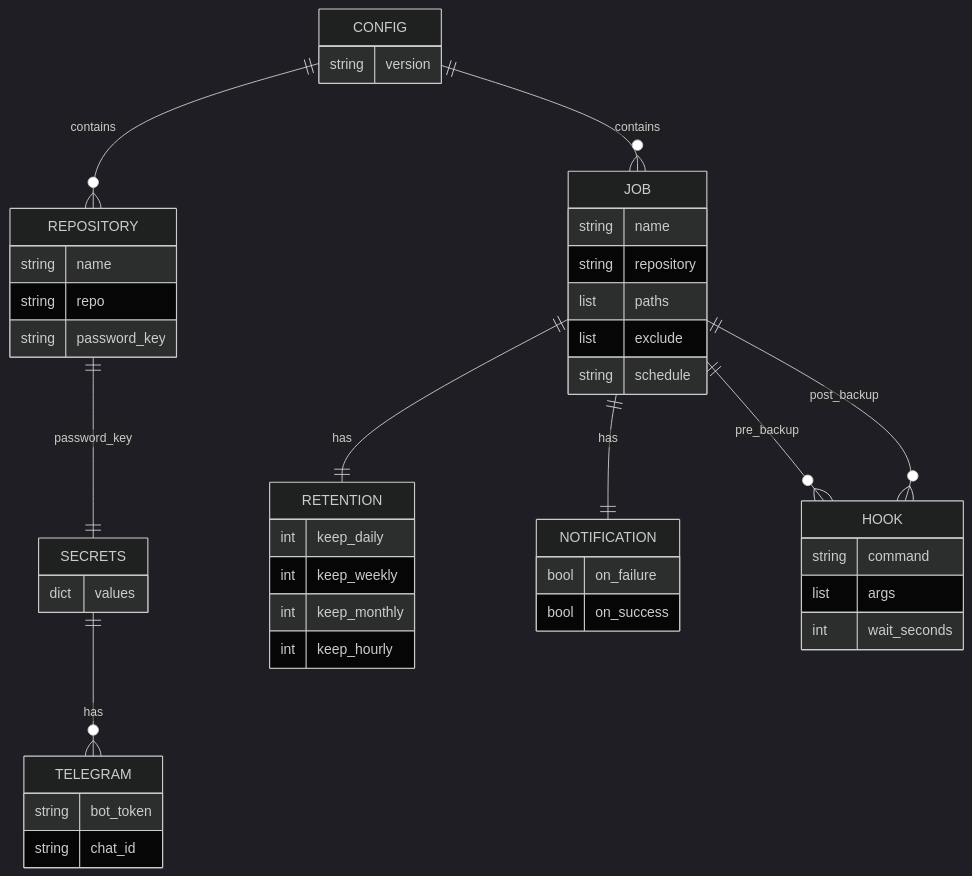
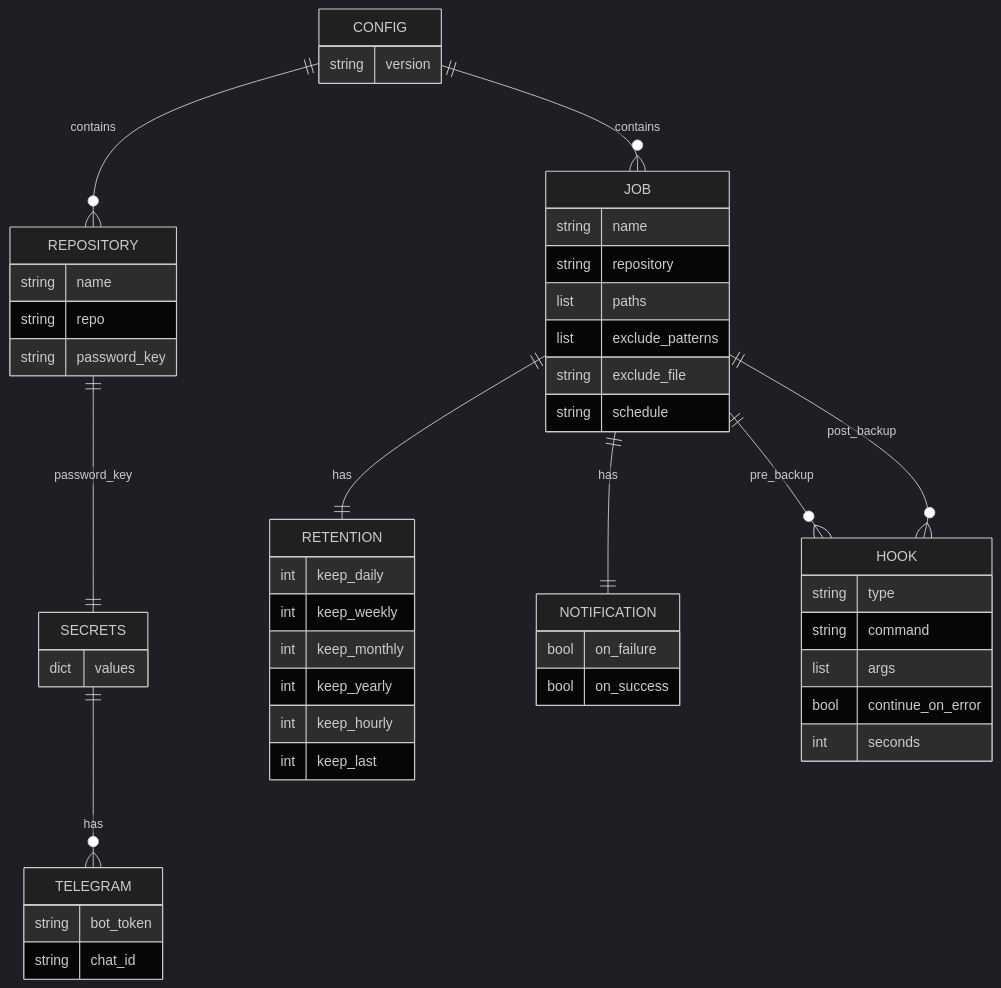
Before and after one commit to gdellis/restic-manager: the fourth of 4 diagrams in DESIGN.md, drawn with Mermaid (dark theme). The commit also changed other lines of this file and 2 other files, not shown here.

````diff
--- a/DESIGN.md
+++ b/DESIGN.md
@@ -170,56 +170,61 @@
 ```mermaid
 erDiagram
     CONFIG ||--o{ REPOSITORY : contains
     CONFIG ||--o{ JOB : contains
     REPOSITORY ||--|| SECRETS : password_key
     JOB ||--|| RETENTION : has
     JOB ||--|| NOTIFICATION : has
     JOB ||--o{ HOOK : pre_backup
     JOB ||--o{ HOOK : post_backup
     SECRETS ||--o{ TELEGRAM : has
 
     CONFIG {
         string version
     }
 
     REPOSITORY {
         string name
         string repo
         string password_key
     }
 
     JOB {
         string name
         string repository
         list paths
-        list exclude
+        list exclude_patterns
+        string exclude_file
         string schedule
     }
 
     RETENTION {
         int keep_daily
         int keep_weekly
         int keep_monthly
+        int keep_yearly
         int keep_hourly
+        int keep_last
     }
 
     NOTIFICATION {
         bool on_failure
         bool on_success
     }
 
     HOOK {
+        string type
         string command
         list args
-        int wait_seconds
+        bool continue_on_error
+        int seconds
     }
 
     SECRETS {
         dict values
     }
 
     TELEGRAM {
         string bot_token
         string chat_id
     }
 ```
````
